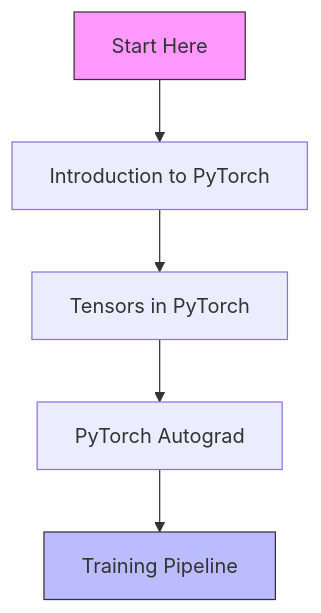
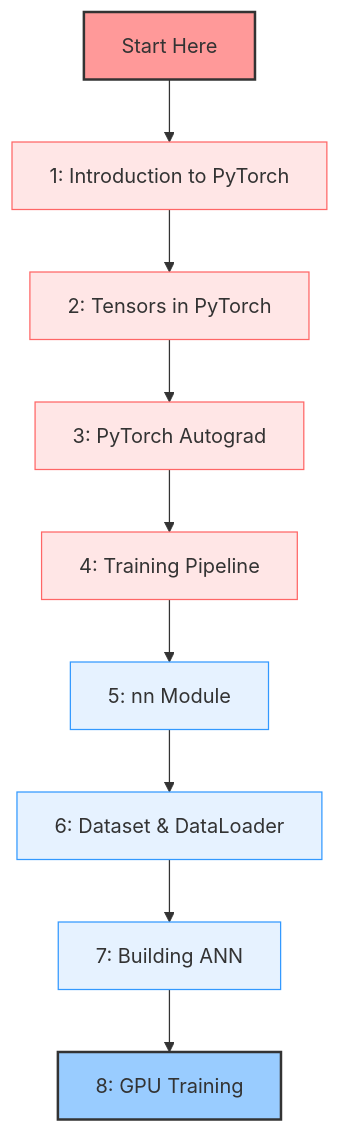
Before and after one commit to Yash-Kavaiya/CampusX-PyTorch: the diagram in README.md, drawn with Mermaid. The commit also changed other lines of this file, not shown here.

````diff
--- a/README.md
+++ b/README.md
@@ -27,9 +44,20 @@
 ```mermaid
 graph TD
-    A[Start Here] --> B[Introduction to PyTorch]
-    B --> C[Tensors in PyTorch]
-    C --> D[PyTorch Autograd]
-    D --> E[Training Pipeline]
-    style A fill:#f9f,stroke:#333
-    style E fill:#bbf,stroke:#333
+    A[Start Here] --> B[1: Introduction to PyTorch]
+    B --> C[2: Tensors in PyTorch]
+    C --> D[3: PyTorch Autograd]
+    D --> E[4: Training Pipeline]
+    E --> F[5: nn Module]
+    F --> G[6: Dataset & DataLoader]
+    G --> H[7: Building ANN]
+    H --> I[8: GPU Training]
+    
+    style A fill:#ff9999,stroke:#333,stroke-width:2px
+    style I fill:#99ccff,stroke:#333,stroke-width:2px
+    
+    classDef foundation fill:#ffe6e6,stroke:#ff6666
+    classDef neural fill:#e6f2ff,stroke:#3399ff
+    
+    class B,C,D,E foundation
+    class F,G,H,I neural
 ```
````
